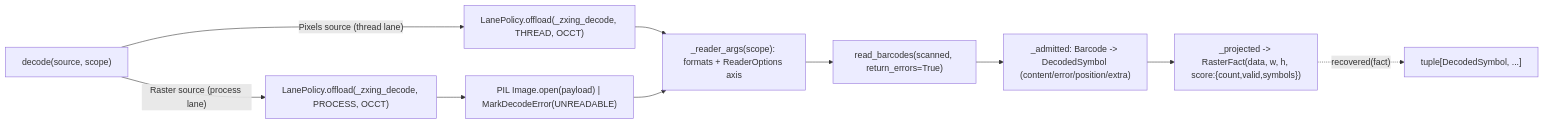
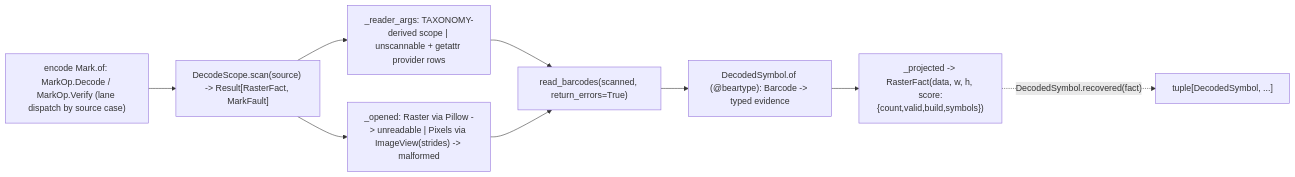
Before and after one commit to bsamiee/Rasm: the diagram in libs/python/artifacts/.planning/graphic/marks/decode.md, drawn with Mermaid. The commit also changed other lines of this file and 143 other files, not shown here.

````diff
--- a/libs/python/artifacts/.planning/graphic/marks/decode.md
+++ b/libs/python/artifacts/.planning/graphic/marks/decode.md
@@ -352,12 +366,11 @@
 ```mermaid
 flowchart LR
-    Entry["decode(source, scope)"] -->|"Raster source (process lane)"| Worker["LanePolicy.offload(_zxing_decode, PROCESS, OCCT)"]
-    Entry -->|"Pixels source (thread lane)"| Direct["LanePolicy.offload(_zxing_decode, THREAD, OCCT)"]
-    Worker --> Open["PIL Image.open(payload) | MarkDecodeError(UNREADABLE)"]
-    Direct --> Args
-    Open --> Args["_reader_args(scope): formats + ReaderOptions axis"]
+    Rail["encode Mark.of: MarkOp.Decode / MarkOp.Verify (lane dispatch by source case)"] --> Scan["DecodeScope.scan(source) -> Result[RasterFact, MarkFault]"]
+    Scan --> Args["_reader_args: TAXONOMY-derived scope | unscannable + getattr provider rows"]
+    Scan --> Open["_opened: Raster via Pillow -> unreadable | Pixels via ImageView(strides) -> malformed"]
     Args --> Read["read_barcodes(scanned, return_errors=True)"]
-    Read --> Admit["_admitted: Barcode -> DecodedSymbol (content/error/position/extra)"]
-    Admit --> Fact["_projected -> RasterFact(data, w, h, score:{count,valid,symbols})"]
-    Fact -.->|"recovered(fact)"| Typed["tuple[DecodedSymbol, ...]"]
+    Open --> Read
+    Read --> Admit["DecodedSymbol.of (@beartype): Barcode -> typed evidence"]
+    Admit --> Fact["_projected -> RasterFact(data, w, h, score:{count,valid,build,symbols})"]
+    Fact -.->|"DecodedSymbol.recovered(fact)"| Typed["tuple[DecodedSymbol, ...]"]
 ```
````
